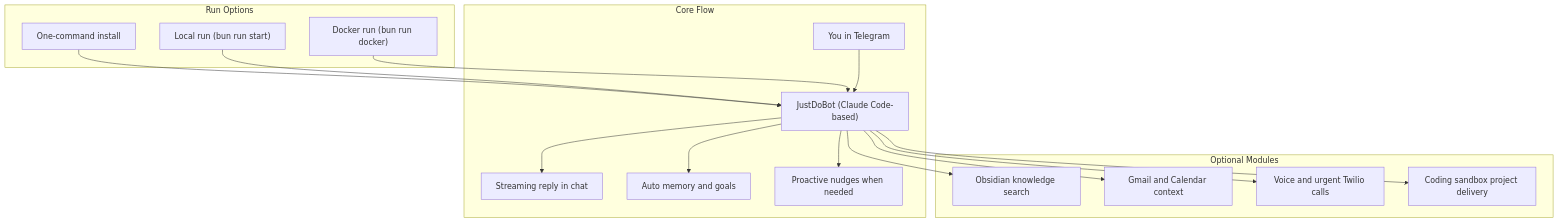
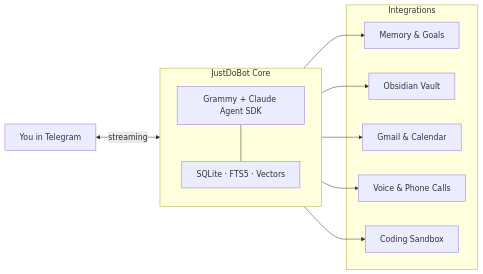
One commit to OlegTestov/JustDoBot changed the diagram in README.md. Above: the diagram before and after it, drawn with Mermaid. The commit also changed other lines of this file, not shown here.

Commit message:
Update README.md to reflect new architecture and integrations, replacing "Claude Code-based" with "Claude Agent SDK" for clarity. Enhanced flowchart to illustrate core components and integrations, and improved descriptions of features and usage instructions.

````diff
--- a/README.md
+++ b/README.md
@@ -20,35 +20,26 @@
 ```mermaid
-flowchart TD
-  subgraph runOptions [Run Options]
-    oneCommand["One-command install"]
-    localRun["Local run (bun run start)"]
-    dockerRun["Docker run (bun run docker)"]
+flowchart LR
+  user["You in Telegram"]
+
+  subgraph core [JustDoBot Core]
+    direction TB
+    bot["Grammy + Claude Agent SDK"]
+    db["SQLite · FTS5 · Vectors"]
+    bot --- db
   end
 
-  subgraph coreFlow [Core Flow]
-    telegramUser["You in Telegram"]
-    justDoBot["JustDoBot (Claude Code-based)"]
-    streamReply["Streaming reply in chat"]
-    memoryGoals["Auto memory and goals"]
-    proactiveNudges["Proactive nudges when needed"]
+  subgraph integrations [Integrations]
+    memory["Memory & Goals"]
+    obsidian["Obsidian Vault"]
+    google["Gmail & Calendar"]
+    voice["Voice & Phone Calls"]
+    sandbox["Coding Sandbox"]
   end
 
-  subgraph optionalModules [Optional Modules]
-    obsidian["Obsidian knowledge search"]
-    googleData["Gmail and Calendar context"]
-    voiceCalls["Voice and urgent Twilio calls"]
-    codingSandbox["Coding sandbox project delivery"]
-  end
-
-  oneCommand --> justDoBot
-  localRun --> justDoBot
-  dockerRun --> justDoBot
-  telegramUser --> justDoBot
-  justDoBot --> streamReply
-  justDoBot --> memoryGoals
-  justDoBot --> proactiveNudges
-  justDoBot --> obsidian
-  justDoBot --> googleData
-  justDoBot --> voiceCalls
-  justDoBot --> codingSandbox
+  user <-->|streaming| core
+  core --> memory
+  core --> obsidian
+  core --> google
+  core --> voice
+  core --> sandbox
 ```
````
